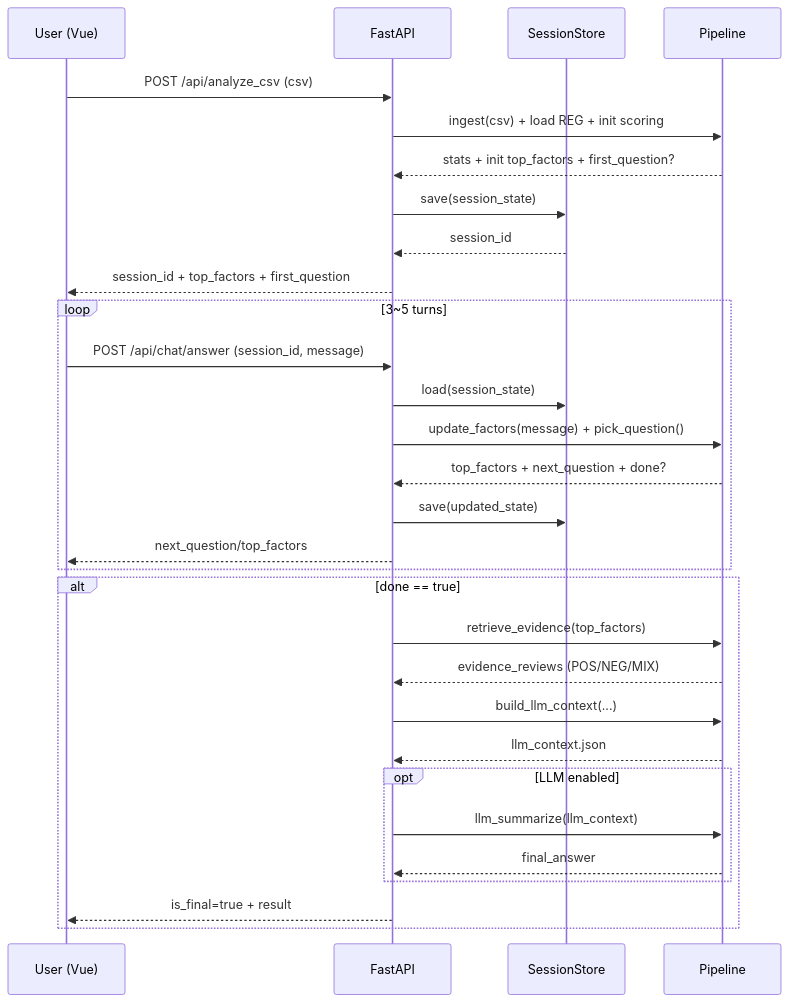
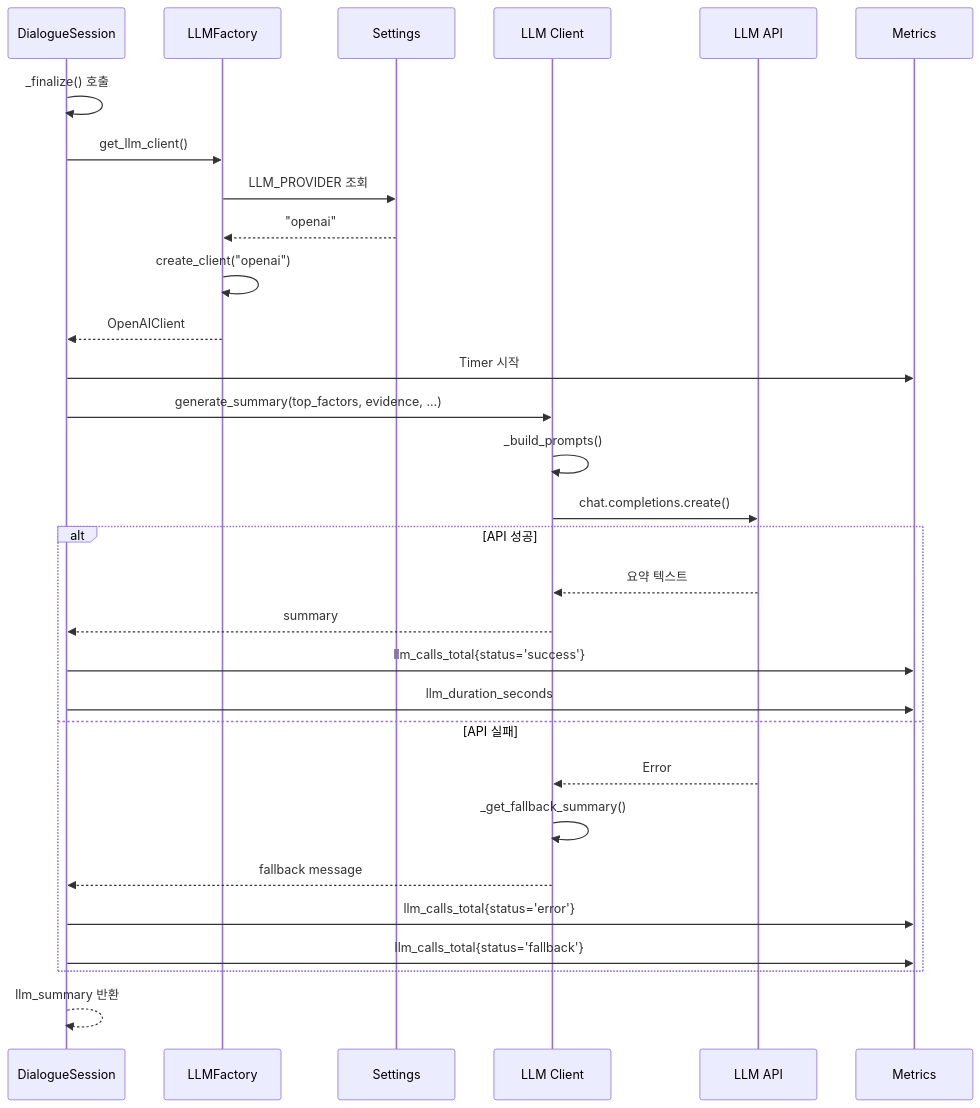
Before and after one commit to review-sensor-team/reviewlens: the tenth of 15 diagrams in architecture.md, drawn with Mermaid. The commit also changed other lines of this file and 2 other files, not shown here.

First line of the commit message:
docs: Add comprehensive architecture documentation and interface specifications

````diff
--- a/architecture.md
+++ b/architecture.md
@@ -174,35 +489,36 @@
 ```mermaid
 sequenceDiagram
-  participant U as User (Vue)
-  participant A as FastAPI
-  participant S as SessionStore
-  participant P as Pipeline
-
-  U->>A: POST /api/analyze_csv (csv)
-  A->>P: ingest(csv) + load REG + init scoring
-  P-->>A: stats + init top_factors + first_question?
-  A->>S: save(session_state)
-  S-->>A: session_id
-  A-->>U: session_id + top_factors + first_question
-
-  loop 3~5 turns
-    U->>A: POST /api/chat/answer (session_id, message)
-    A->>S: load(session_state)
-    A->>P: update_factors(message) + pick_question()
-    P-->>A: top_factors + next_question + done?
-    A->>S: save(updated_state)
-    A-->>U: next_question/top_factors
-  end
-
-  alt done == true
-    A->>P: retrieve_evidence(top_factors)
-    P-->>A: evidence_reviews (POS/NEG/MIX)
-    A->>P: build_llm_context(...)
-    P-->>A: llm_context.json
-    opt LLM enabled
-      A->>P: llm_summarize(llm_context)
-      P-->>A: final_answer
+    participant D as DialogueSession
+    participant F as LLMFactory
+    participant S as Settings
+    participant C as LLM Client
+    participant API as LLM API
+    participant M as Metrics
+    
+    D->>D: _finalize() 호출
+    D->>F: get_llm_client()
+    F->>S: LLM_PROVIDER 조회
+    S-->>F: "openai"
+    F->>F: create_client("openai")
+    F-->>D: OpenAIClient
+    
+    D->>M: Timer 시작
+    D->>C: generate_summary(top_factors, evidence, ...)
+    C->>C: _build_prompts()
+    C->>API: chat.completions.create()
+    
+    alt API 성공
+        API-->>C: 요약 텍스트
+        C-->>D: summary
+        D->>M: llm_calls_total{status='success'}
+        D->>M: llm_duration_seconds
+    else API 실패
+        API-->>C: Error
+        C->>C: _get_fallback_summary()
+        C-->>D: fallback message
+        D->>M: llm_calls_total{status='error'}
+        D->>M: llm_calls_total{status='fallback'}
     end
-    A-->>U: is_final=true + result
-  end
+    
+    D-->>D: llm_summary 반환
 ```
````
